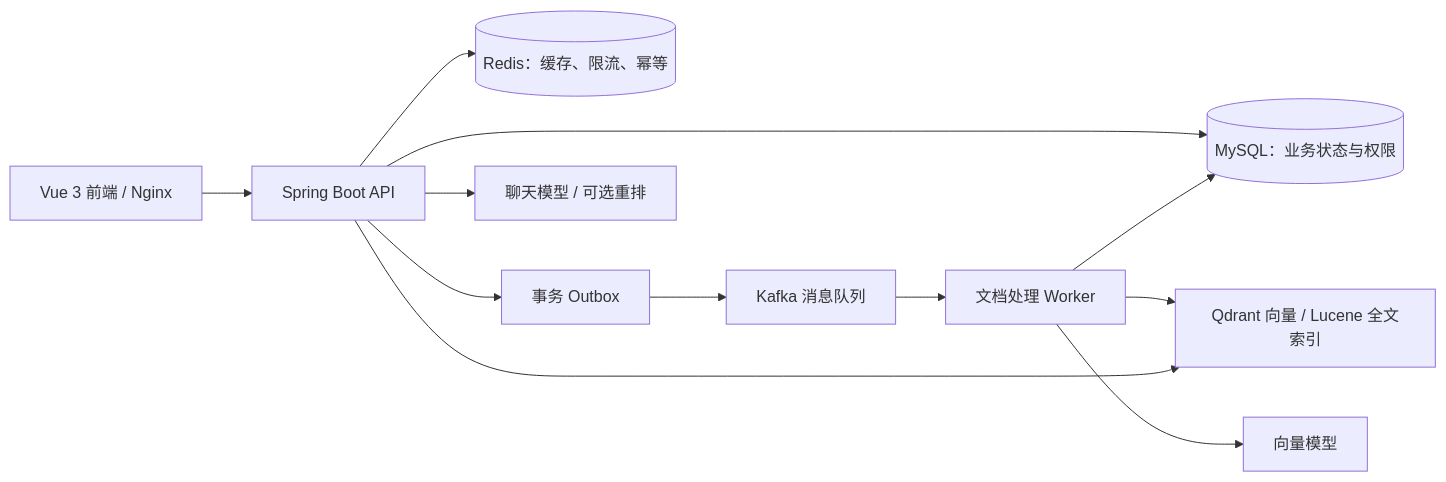
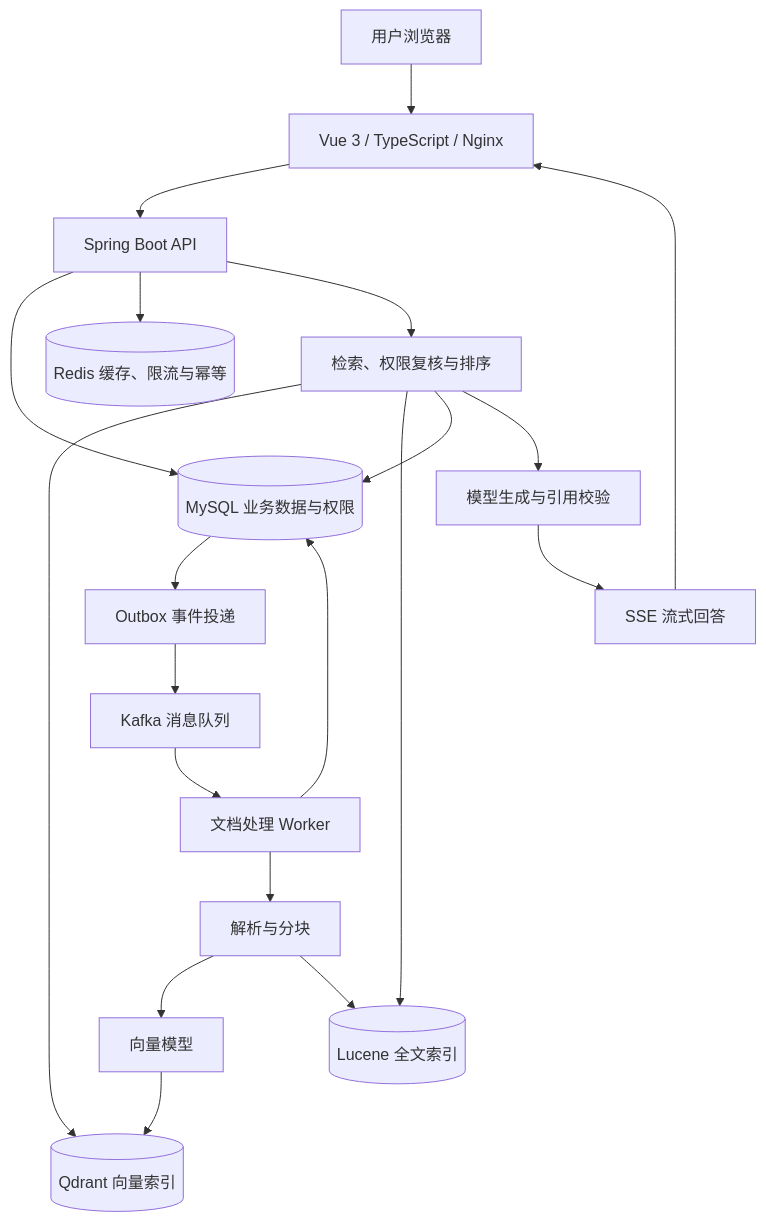
One commit to xw66/KnowFlowAI changed the diagram in README.md. Above: the diagram before and after it, drawn with Mermaid. The commit also changed other lines of this file and 20 other files, not shown here.

Commit message:
重写项目介绍并补充多用户组业务场景与真实界面截图

````diff
--- a/README.md
+++ b/README.md
@@ -52,14 +107,22 @@
 ```mermaid
-flowchart LR
-    Web[Vue 3 前端 / Nginx] --> API[Spring Boot API]
-    API --> DB[(MySQL：业务状态与权限)]
-    API --> Redis[(Redis：缓存、限流、幂等)]
-    API --> Outbox[事务 Outbox]
+flowchart TB
+    User[用户浏览器] --> Web[Vue 3 / TypeScript / Nginx]
+    Web --> API[Spring Boot API]
+    API --> DB[(MySQL 业务数据与权限)]
+    API --> Redis[(Redis 缓存、限流与幂等)]
+    DB --> Outbox[Outbox 事件投递]
     Outbox --> Kafka[Kafka 消息队列]
     Kafka --> Worker[文档处理 Worker]
+    Worker --> Parse[解析与分块]
+    Parse --> Embedding[向量模型]
+    Embedding --> Qdrant[(Qdrant 向量索引)]
+    Parse --> Lucene[(Lucene 全文索引)]
     Worker --> DB
-    Worker --> Index[Qdrant 向量 / Lucene 全文索引]
-    API --> Index
-    Worker --> Model[向量模型]
-    API --> Chat[聊天模型 / 可选重排]
+    API --> Search[检索、权限复核与排序]
+    Search --> Qdrant
+    Search --> Lucene
+    Search --> DB
+    Search --> Answer[模型生成与引用校验]
+    Answer --> Stream[SSE 流式回答]
+    Stream --> Web
 ```
````
